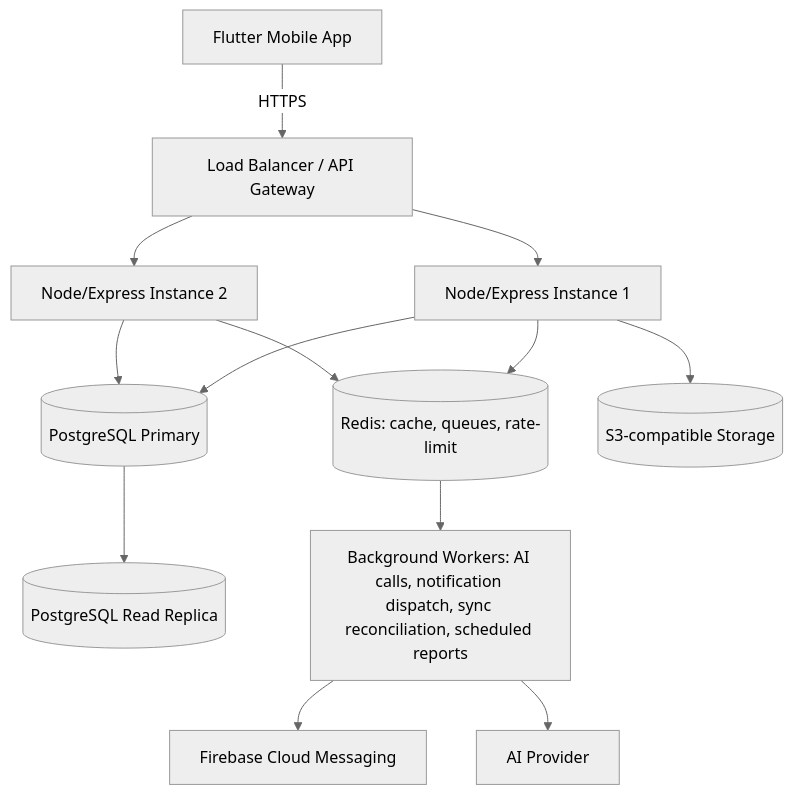
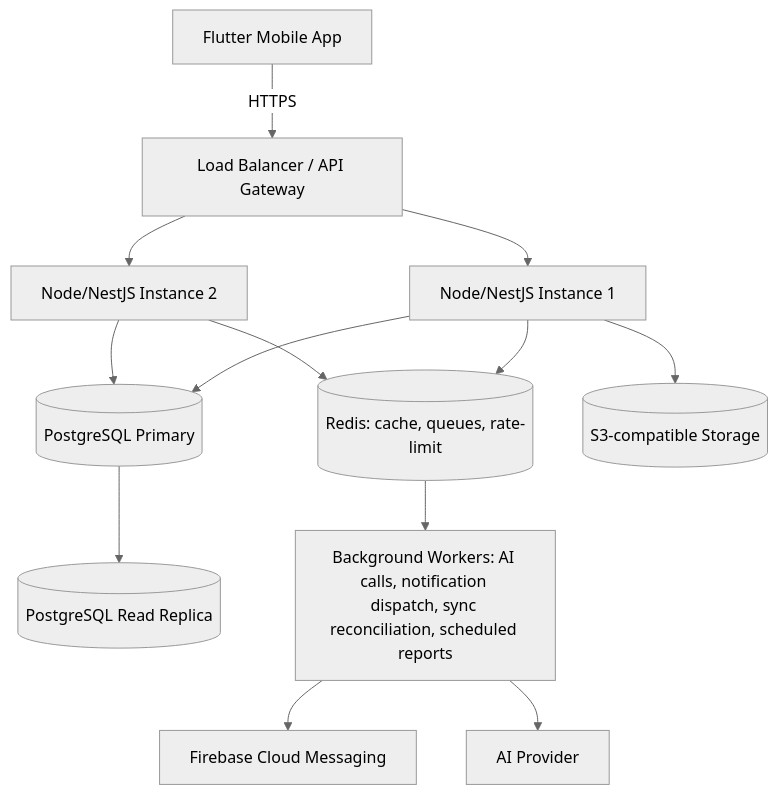
The fifth of 13 diagrams in docs/ARISE_SRS.md (WantedFelconer/Arise), drawn with Mermaid (neutral theme) before and after one commit. The commit also changed other lines of this file and 1180 other files, not shown here.

````diff
--- a/docs/ARISE_SRS.md
+++ b/docs/ARISE_SRS.md
@@ -389,15 +395,15 @@
 ```mermaid
 flowchart TB
     Mobile[Flutter Mobile App] -->|HTTPS| LB[Load Balancer / API Gateway]
-    LB --> API1[Node/Express Instance 1]
-    LB --> API2[Node/Express Instance 2]
+    LB --> API1[Node/NestJS Instance 1]
+    LB --> API2[Node/NestJS Instance 2]
     API1 --> PG[(PostgreSQL Primary)]
     API2 --> PG
     PG --> PGR[(PostgreSQL Read Replica)]
     API1 --> REDIS[(Redis: cache, queues, rate-limit)]
     API2 --> REDIS
     REDIS --> WORKERS[Background Workers: AI calls, notification dispatch, sync reconciliation, scheduled reports]
     API1 --> S3[(S3-compatible Storage)]
     WORKERS --> FCM[Firebase Cloud Messaging]
     WORKERS --> AIVENDOR[AI Provider]
 ```
````
